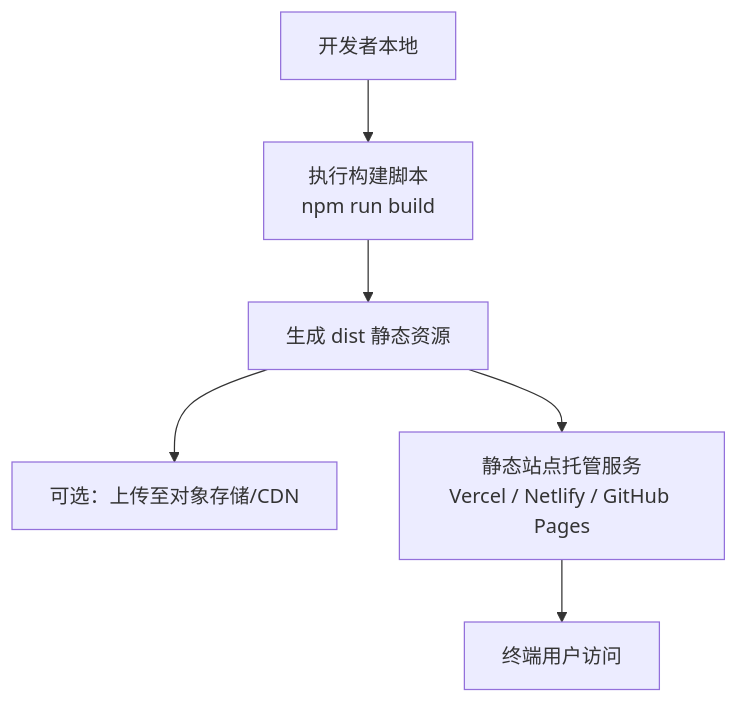
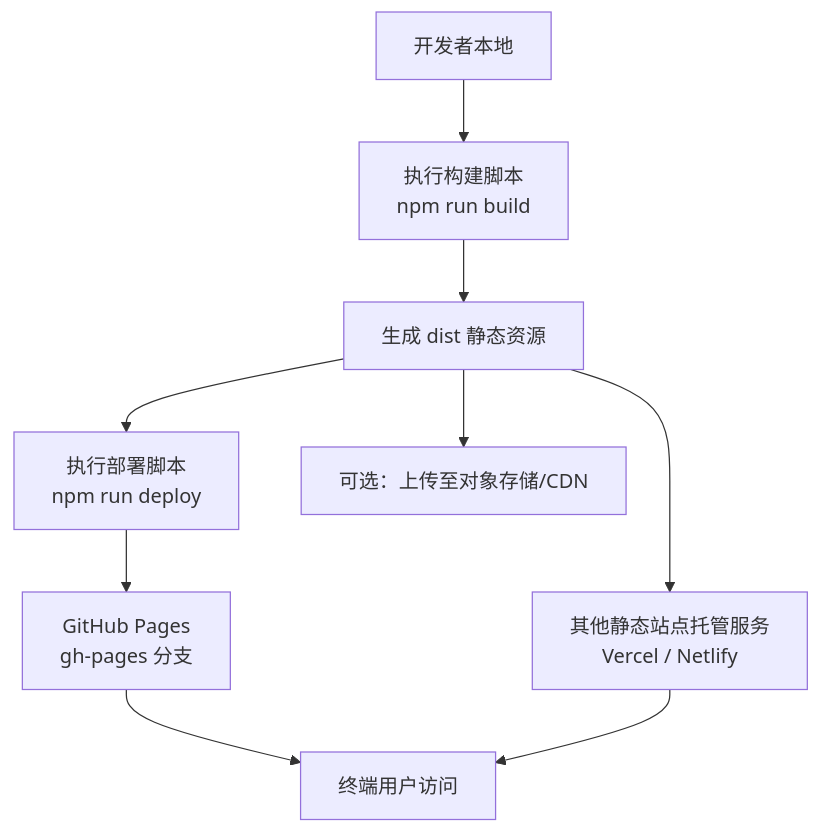
The second of 3 diagrams in .qoder/repowiki/zh/content/部署指南.md (lithos666/lithos666.github.io), drawn with Mermaid before and after one commit. The commit also changed other lines of this file and 26 other files, not shown here.

````diff
--- a/.qoder/repowiki/zh/content/部署指南.md
+++ b/.qoder/repowiki/zh/content/部署指南.md
@@ -69,8 +81,11 @@
 ```mermaid
 flowchart TD
 Dev["开发者本地"] --> Build["执行构建脚本<br/>npm run build"]
 Build --> Dist["生成 dist 静态资源"]
+Dist --> Deploy["执行部署脚本<br/>npm run deploy"]
+Deploy --> GHPages["GitHub Pages<br/>gh-pages 分支"]
+GHPages --> Users["终端用户访问"]
 Dist --> CDN["可选：上传至对象存储/CDN"]
-Dist --> Host["静态站点托管服务<br/>Vercel / Netlify / GitHub Pages"]
-Host --> Users["终端用户访问"]
+Dist --> OtherHost["其他静态站点托管服务<br/>Vercel / Netlify"]
+OtherHost --> Users
 ```
````
